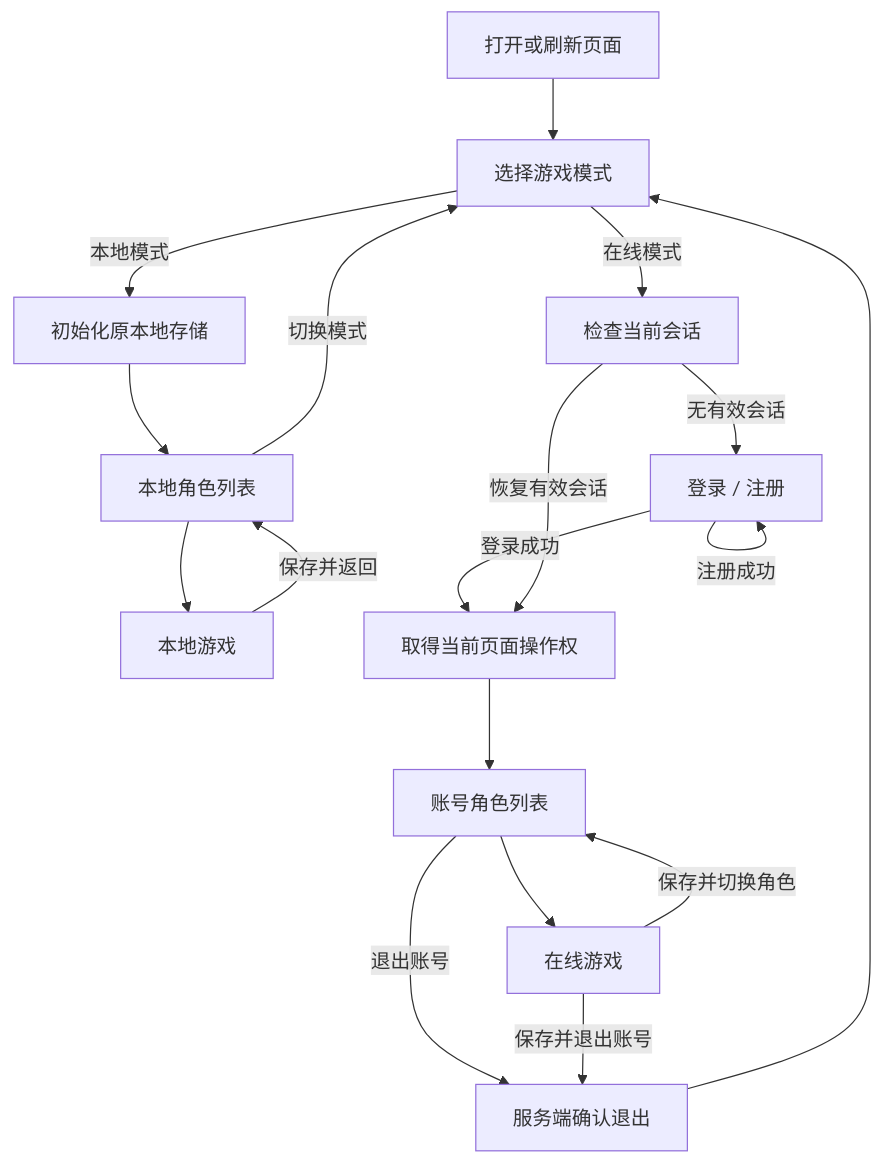
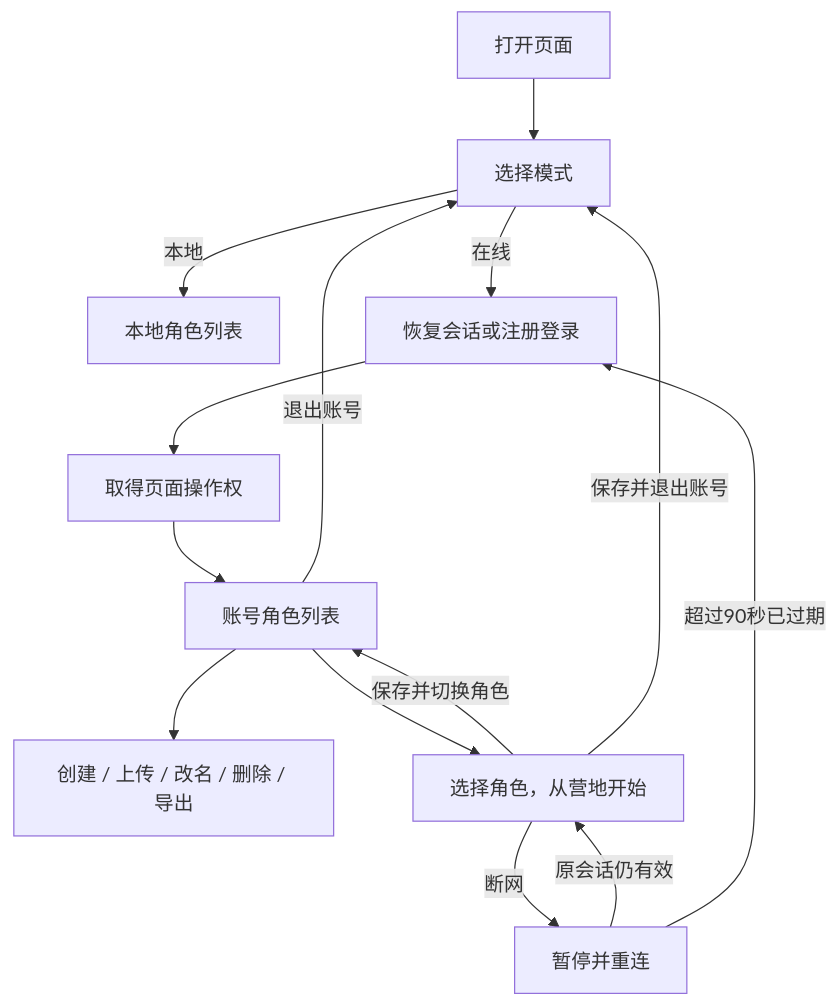
Before and after one commit to zd102/D2R: the diagram in docs/online-mode-design.md, drawn with Mermaid. The commit also changed other lines of this file and 40 other files, not shown here.

````diff
--- a/docs/online-mode-design.md
+++ b/docs/online-mode-design.md
@@ -47,20 +13,16 @@
 ```mermaid
 flowchart TD
-    A[打开或刷新页面] --> B[选择游戏模式]
-    B -->|本地模式| C[初始化原本地存储]
-    C --> D[本地角色列表]
-    D --> E[本地游戏]
-    E -->|保存并返回| D
-    D -->|切换模式| B
-    B -->|在线模式| F[检查当前会话]
-    F -->|无有效会话| G[登录 / 注册]
-    G -->|注册成功| G
-    G -->|登录成功| H[取得当前页面操作权]
-    F -->|恢复有效会话| H
-    H --> I[账号角色列表]
-    I --> J[在线游戏]
-    J -->|保存并切换角色| I
-    I -->|退出账号| K[服务端确认退出]
-    J -->|保存并退出账号| K
-    K --> B
+    A[打开页面] --> B[选择模式]
+    B -->|本地| C[本地角色列表]
+    B -->|在线| D[恢复会话或注册登录]
+    D --> E[取得页面操作权]
+    E --> F[账号角色列表]
+    F --> G[创建 / 上传 / 改名 / 删除 / 导出]
+    F --> H[选择角色，从营地开始]
+    H -->|保存并切换角色| F
+    H -->|保存并退出账号| B
+    F -->|退出账号| B
+    H -->|断网| I[暂停并重连]
+    I -->|原会话仍有效| H
+    I -->|超过90秒已过期| D
 ```
````
